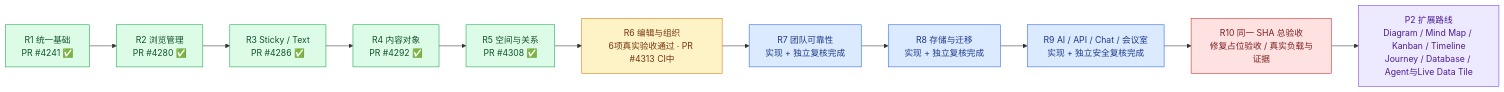
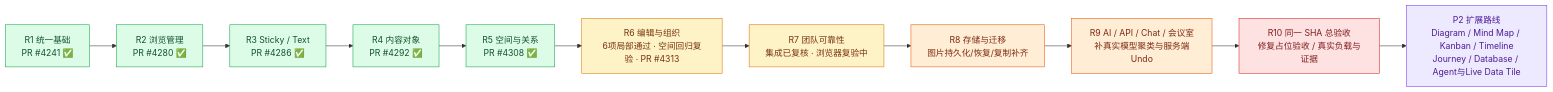
Before and after one commit to boardx/workspacex: the first of 3 diagrams in phases/phase-19-board-visual-workspace/design-deltas/2026-09-26-unified-board-plan.md, drawn with Mermaid. The commit also changed other lines of this file, not shown here.

````diff
--- a/phases/phase-19-board-visual-workspace/design-deltas/2026-09-26-unified-board-plan.md
+++ b/phases/phase-19-board-visual-workspace/design-deltas/2026-09-26-unified-board-plan.md
@@ -23,20 +23,20 @@
 ```mermaid
 flowchart LR
   R1["R1 统一基础<br/>PR #4241 ✅"]:::merged --> R2["R2 浏览管理<br/>PR #4280 ✅"]:::merged
   R2 --> R3["R3 Sticky / Text<br/>PR #4286 ✅"]:::merged
   R3 --> R4["R4 内容对象<br/>PR #4292 ✅"]:::merged
   R4 --> R5["R5 空间与关系<br/>PR #4308 ✅"]:::merged
-  R5 --> R6["R6 编辑与组织<br/>6项真实验收通过 · PR #4313 CI中"]:::accepting
-  R6 --> R7["R7 团队可靠性<br/>实现 + 独立复核完成"]:::ready
-  R7 --> R8["R8 存储与迁移<br/>实现 + 独立复核完成"]:::ready
-  R8 --> R9["R9 AI / API / Chat / 会议室<br/>实现 + 独立安全复核完成"]:::ready
+  R5 --> R6["R6 编辑与组织<br/>6项局部通过 · 空间回归复验 · PR #4313"]:::accepting
+  R6 --> R7["R7 团队可靠性<br/>集成已复核 · 浏览器复验中"]:::accepting
+  R7 --> R8["R8 存储与迁移<br/>图片持久化/恢复/复制补齐"]:::working
+  R8 --> R9["R9 AI / API / Chat / 会议室<br/>补真实模型聚类与服务端Undo"]:::working
   R9 --> R10["R10 同一 SHA 总验收<br/>修复占位验收 / 真实负载与证据"]:::blocked
   R10 --> P2["P2 扩展路线<br/>Diagram / Mind Map / Kanban / Timeline<br/>Journey / Database / Agent与Live Data Tile"]:::future
   classDef merged fill:#dcfce7,stroke:#16a34a,color:#14532d
   classDef accepting fill:#fef3c7,stroke:#d97706,color:#78350f
   classDef ready fill:#dbeafe,stroke:#2563eb,color:#1e3a8a
   classDef working fill:#ffedd5,stroke:#ea580c,color:#7c2d12
   classDef blocked fill:#fee2e2,stroke:#dc2626,color:#7f1d1d
   classDef todo fill:#f1f5f9,stroke:#64748b,color:#334155
   classDef future fill:#ede9fe,stroke:#7c3aed,color:#4c1d95
 ```
````
